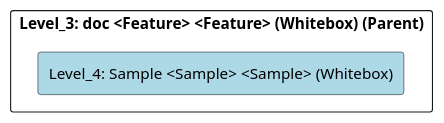
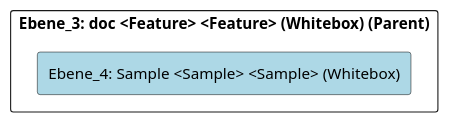
The diagram in doc/cleonproject_deliverables_architecture_model_architecture/adoc/de/05_bausteinsicht/cleon/common/doc/sample/ebene_4_sample.adoc (marcozwyssig/cleon), drawn with PlantUML before and after one commit. The commit also changed other lines of this file and 214 other files, not shown here.

```diff
--- a/doc/cleonproject_deliverables_architecture_model_architecture/adoc/de/05_bausteinsicht/cleon/common/doc/sample/ebene_4_sample.adoc
+++ b/doc/cleonproject_deliverables_architecture_model_architecture/adoc/de/05_bausteinsicht/cleon/common/doc/sample/ebene_4_sample.adoc
@@ -20,24 +20,24 @@
-[plantuml, Level_4: Sample <Sample> <Sample> (Whitebox)BlockOverview, format="svg"]
+[plantuml, Ebene_4: Sample <Sample> <Sample> (Whitebox)BlockOverview, format="svg"]
 ----
-@startuml Level_4: Sample <Sample> <Sample> (Whitebox)BuildingBlockOverview
+@startuml Ebene_4: Sample <Sample> <Sample> (Whitebox)BuildingBlockOverview
 
 skinparam ranksep 10
 skinparam componentStyle rectangle
 skinparam shadowing false
 skinparam arrowColor lightblue
 skinparam arrowThickness 1.2
 skinparam rectangle {
   BackgroundColor White
   BorderColor #333
   RoundCorner 10
 }
 top to bottom direction
 
-component "Level_3: doc <Feature> <Feature> (Whitebox) (Parent)" {
-    component "Level_4: Sample <Sample> <Sample> (Whitebox)" #lightblue {
+component "Ebene_3: doc <Feature> <Feature> (Whitebox) (Parent)" {
+    component "Ebene_4: Sample <Sample> <Sample> (Whitebox)" #lightblue {
     }
 
 }
 
 @enduml
 ----
```
